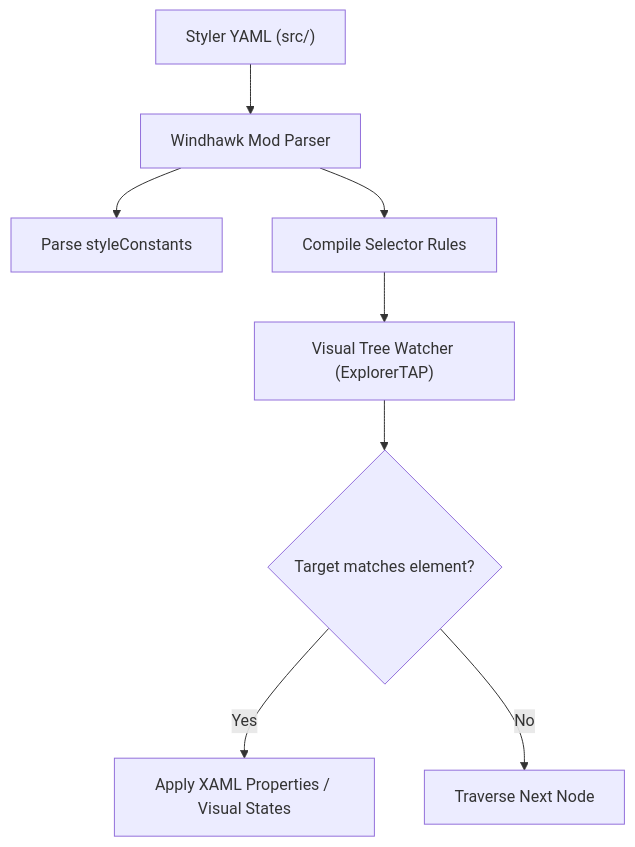
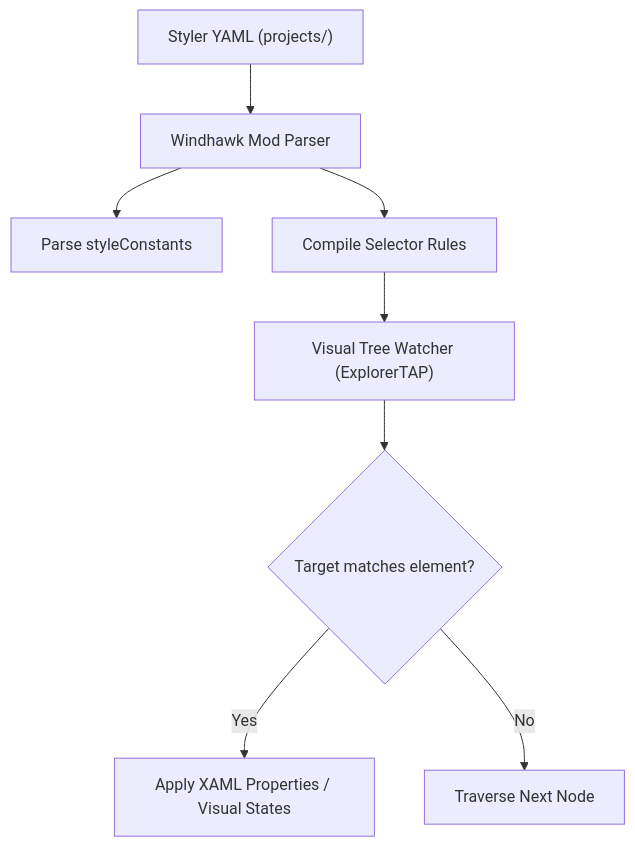
One commit to HELIX-Origin/Windhawk-Command-Center-Suite changed the diagram in .agents/skills/windhawk-styler-engineering.md. Above: the diagram before and after it, drawn with Mermaid. The commit also changed 113 other files, not shown here.

````diff
--- a/.agents/skills/windhawk-styler-engineering.md
+++ b/.agents/skills/windhawk-styler-engineering.md
@@ -18,10 +18,10 @@
 ```mermaid
 flowchart TD
-    Config["Styler YAML (src/)"] --> ModParser["Windhawk Mod Parser"]
+    Config["Styler YAML (projects/)"] --> ModParser["Windhawk Mod Parser"]
     ModParser --> Constants["Parse styleConstants"]
     ModParser --> TargetRules["Compile Selector Rules"]
     TargetRules --> VisualTreeWatcher["Visual Tree Watcher (ExplorerTAP)"]
     VisualTreeWatcher --> Match{"Target matches element?"}
     Match -->|"Yes"| ApplyStyles["Apply XAML Properties / Visual States"]
     Match -->|"No"| Continue["Traverse Next Node"]
 ```
````
